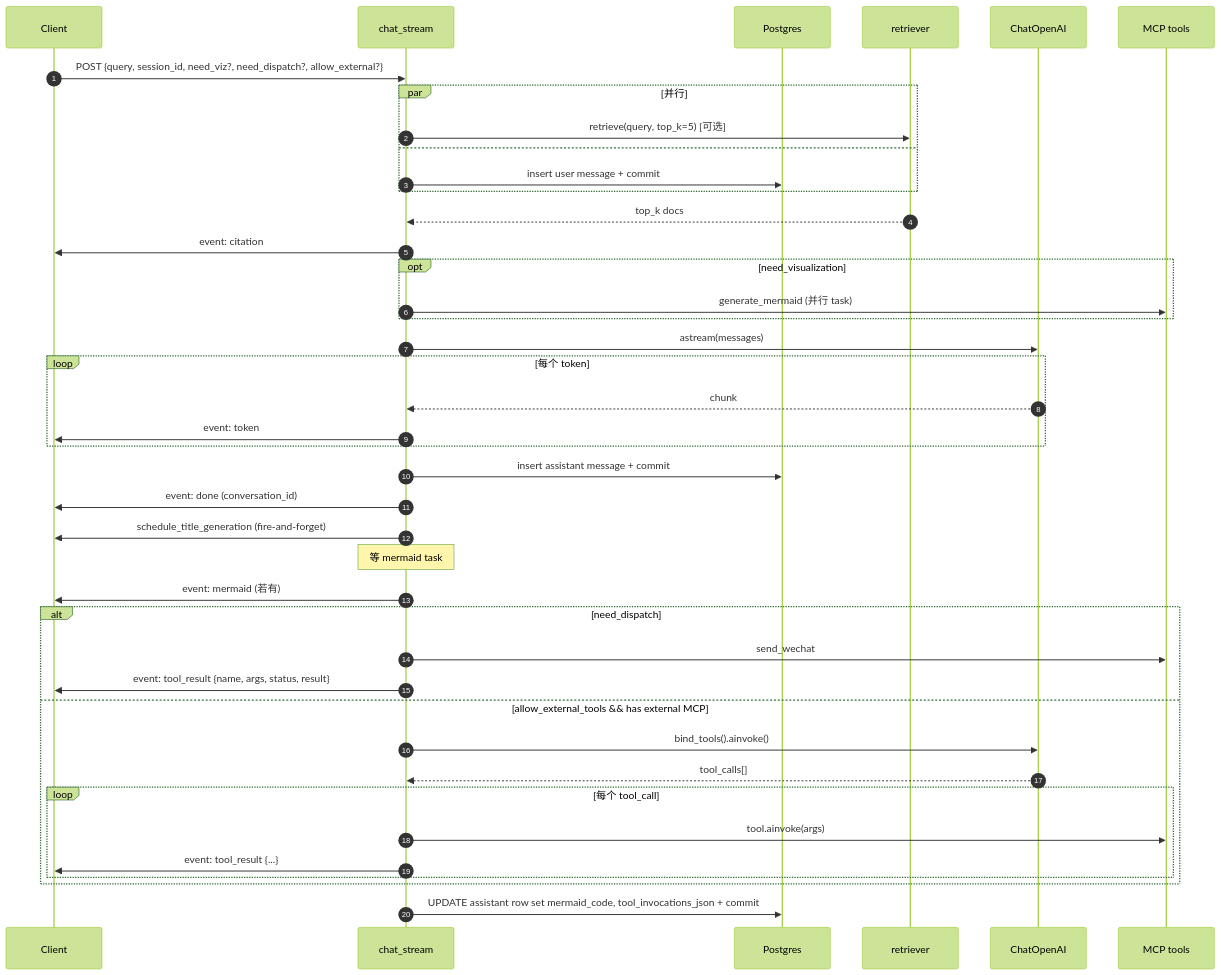
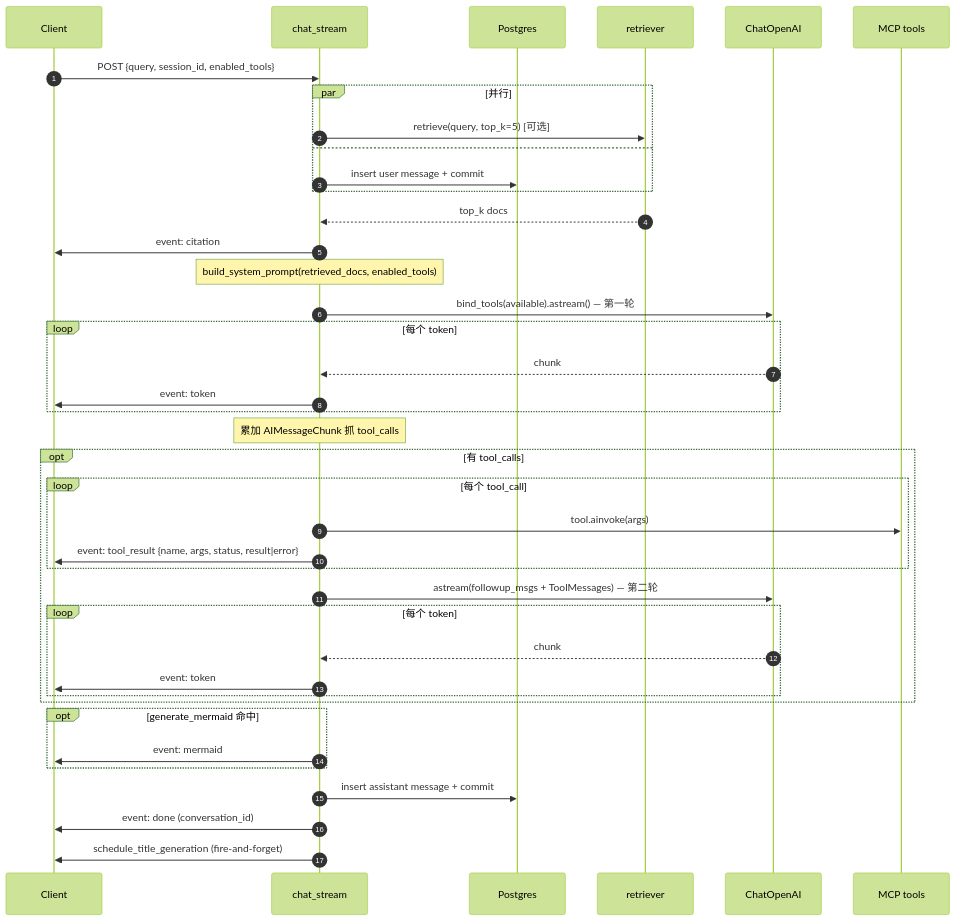
The diagram in README.md (Yi1chEng/EduAgent), drawn with Mermaid (forest theme) before and after one commit. The commit also changed other lines of this file and 13 other files, not shown here.

````diff
--- a/README.md
+++ b/README.md
@@ -368,44 +387,43 @@
 ```mermaid
 sequenceDiagram
     autonumber
     participant C as Client
     participant API as chat_stream
     participant DB as Postgres
     participant RAG as retriever
     participant LLM as ChatOpenAI
     participant MCP as MCP tools
 
-    C->>API: POST {query, session_id, need_viz?, need_dispatch?, allow_external?}
+    C->>API: POST {query, session_id, enabled_tools}
     par 并行
         API->>RAG: retrieve(query, top_k=5)  [可选]
     and
         API->>DB: insert user message + commit
     end
     RAG-->>API: top_k docs
     API->>C: event: citation
-    opt need_visualization
-        API->>MCP: generate_mermaid (并行 task)
-    end
-    API->>LLM: astream(messages)
+    Note over API: build_system_prompt(retrieved_docs, enabled_tools)
+    API->>LLM: bind_tools(available).astream() — 第一轮
     loop 每个 token
         LLM-->>API: chunk
         API->>C: event: token
     end
+    Note over API: 累加 AIMessageChunk 抓 tool_calls
+    opt 有 tool_calls
+        loop 每个 tool_call
+            API->>MCP: tool.ainvoke(args)
+            API->>C: event: tool_result {name, args, status, result|error}
+        end
+        API->>LLM: astream(followup_msgs + ToolMessages) — 第二轮
+        loop 每个 token
+            LLM-->>API: chunk
+            API->>C: event: token
+        end
+    end
+    opt generate_mermaid 命中
+        API->>C: event: mermaid
+    end
     API->>DB: insert assistant message + commit
     API->>C: event: done (conversation_id)
     API->>C: schedule_title_generation (fire-and-forget)
-    Note over API: 等 mermaid task
-    API->>C: event: mermaid (若有)
-    alt need_dispatch
-        API->>MCP: send_wechat
-        API->>C: event: tool_result {name, args, status, result}
-    else allow_external_tools && has external MCP
-        API->>LLM: bind_tools().ainvoke()
-        LLM-->>API: tool_calls[]
-        loop 每个 tool_call
-            API->>MCP: tool.ainvoke(args)
-            API->>C: event: tool_result {...}
-        end
-    end
-    API->>DB: UPDATE assistant row set mermaid_code, tool_invocations_json + commit
 ```
````
